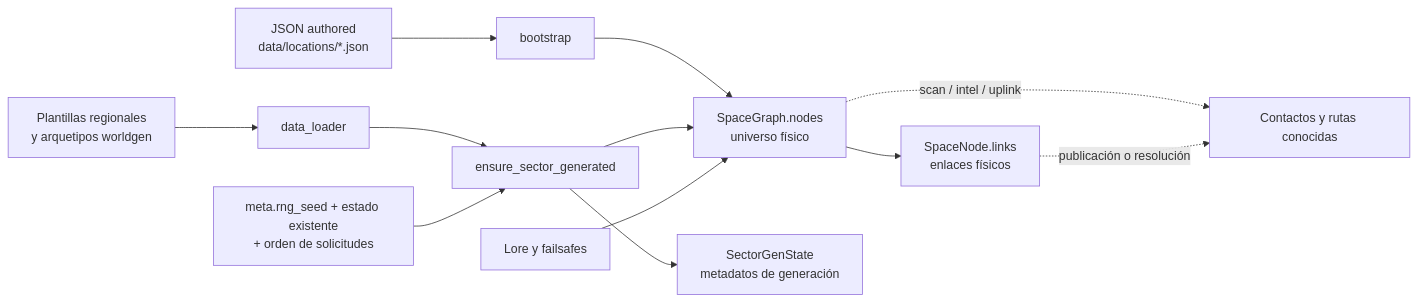
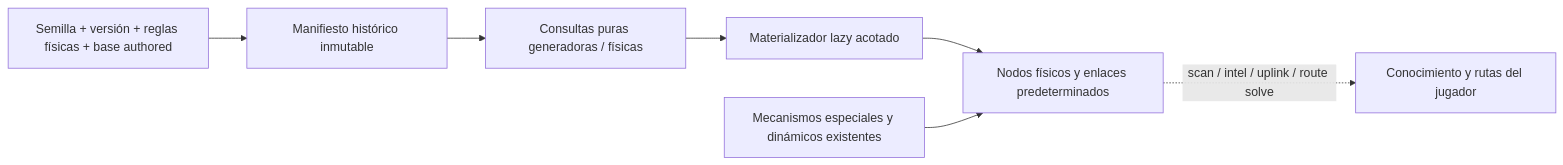
The diagram in docs/systems/world-generation.es.md (jonsande/retorno), drawn with Mermaid before and after one commit. The commit also changed other lines of this file and 39 other files, not shown here.

````diff
--- a/docs/systems/world-generation.es.md
+++ b/docs/systems/world-generation.es.md
@@ -42,14 +18,9 @@
 ```mermaid
 flowchart LR
-    A[JSON authored<br/>data/locations/*.json] --> B[bootstrap]
-    W[Plantillas regionales<br/>y arquetipos worldgen] --> L[data_loader]
-    L --> G[ensure_sector_generated]
-    S[meta.rng_seed + estado existente<br/>+ orden de solicitudes] --> G
-    B --> P[SpaceGraph.nodes<br/>universo físico]
-    G --> P
-    G --> M[SectorGenState<br/>metadatos de generación]
-    P --> E[SpaceNode.links<br/>enlaces físicos]
-    P -. scan / intel / uplink .-> K[Contactos y rutas conocidas]
-    E -. publicación o resolución .-> K
-    F[Lore y failsafes] --> P
+    A[Semilla + versión + reglas físicas + base authored] --> M[Manifiesto histórico inmutable]
+    M --> Q[Consultas puras generadoras / físicas]
+    Q --> G[Materializador lazy acotado]
+    G --> P[Nodos físicos y enlaces predeterminados]
+    P -. scan / intel / uplink / route solve .-> K[Conocimiento y rutas del jugador]
+    S[Mecanismos especiales y dinámicos existentes] --> P
 ```
````
